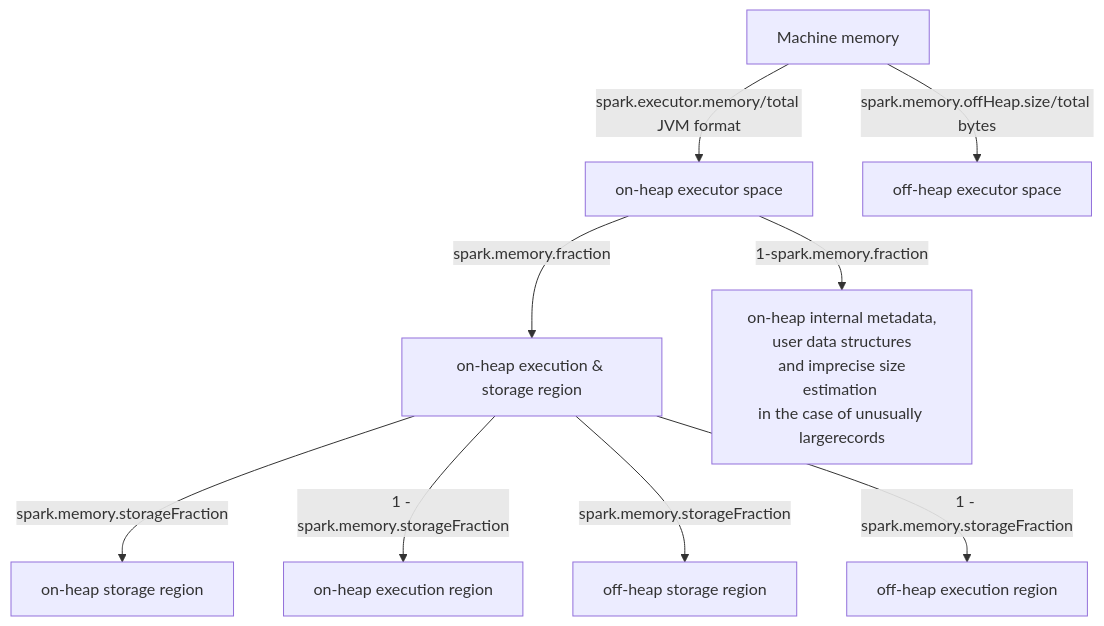
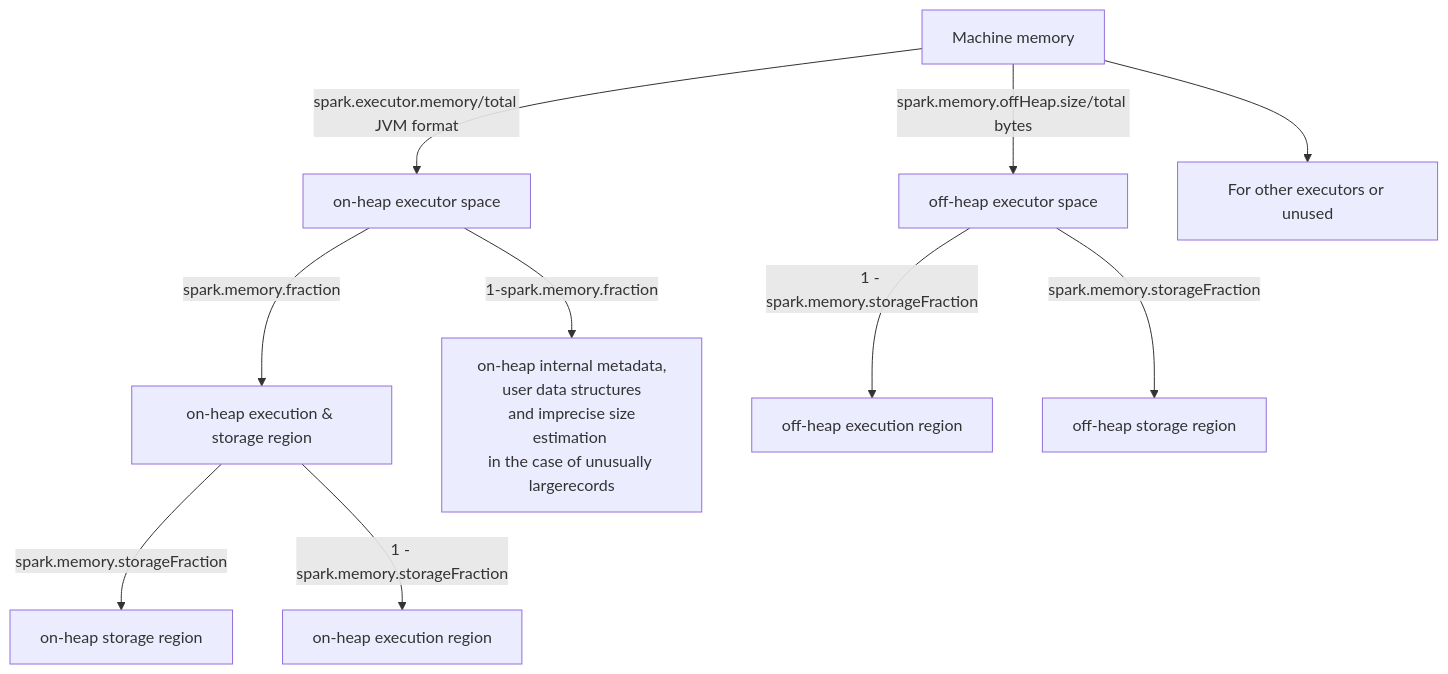
One commit to EnzoBnl/enzobnl changed the diagram in spark.md. Above: the diagram before and after it, drawn with Mermaid. The commit also changed other lines of this file, not shown here.

Commit message:
spark.md updated from https://stackedit.io/

````diff
--- a/spark.md
+++ b/spark.md
@@ -44,20 +46,22 @@
 ```mermaid
 graph TB
+-2[For other executors or unused]
 -1[Machine memory]
 0[on-heap execution & storage region]
 1[on-heap executor space]
 2[off-heap executor space]
 3[on-heap execution region]
 4[on-heap storage region]
 33[off-heap execution region]
 44[off-heap storage region]
 5[on-heap internal metadata,<br/>user data structures<br/> and imprecise size estimation <br/>in the case of unusually largerecords]
+-1 --> -2
 -1--spark.memory.offHeap.size/total bytes-->2
 -1--spark.executor.memory/total JVM format-->1
 1 --spark.memory.fraction-->0
 1 --1-spark.memory.fraction-->5
 0 -- spark.memory.storageFraction--> 4
 0 --1 - spark.memory.storageFraction--> 3
-0 -- spark.memory.storageFraction--> 44
-0 --1 - spark.memory.storageFraction--> 33
+2 -- spark.memory.storageFraction--> 44
+2 --1 - spark.memory.storageFraction--> 33
 ```
````
